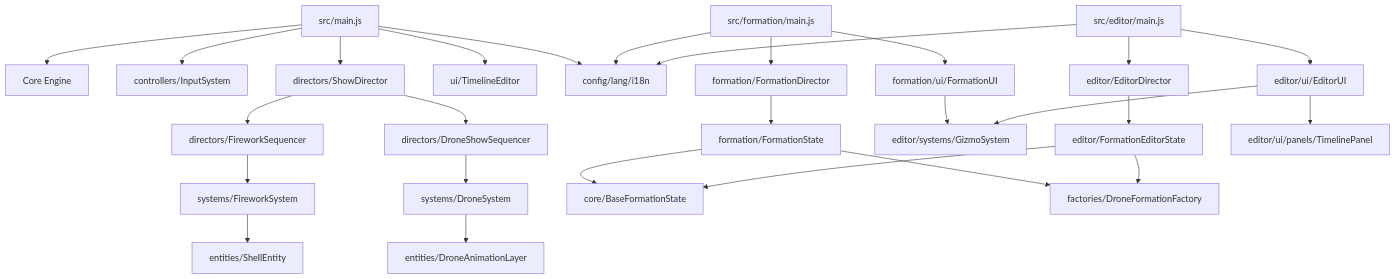
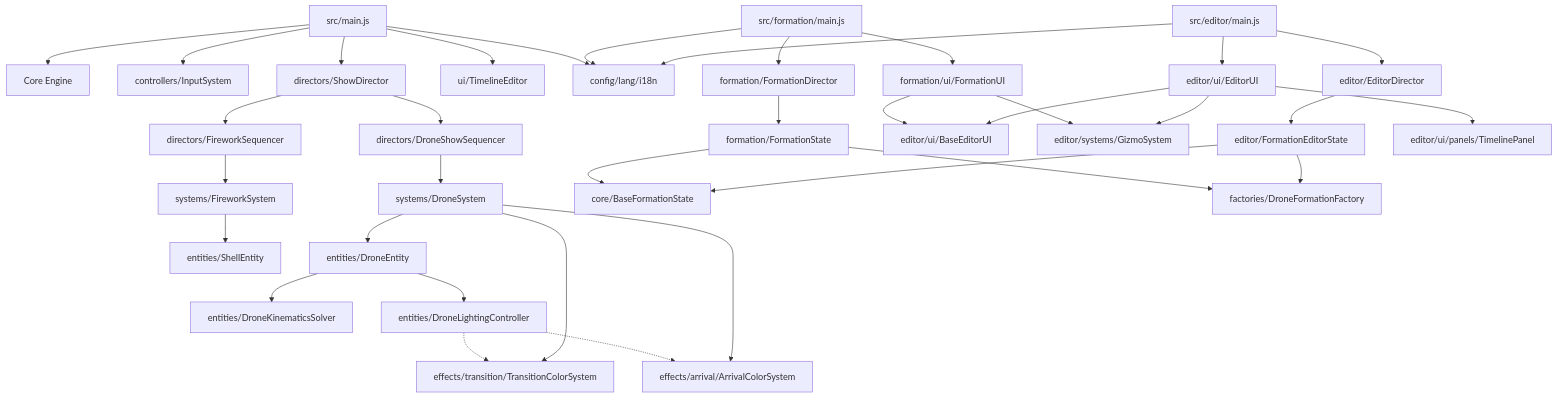
One commit to ThAolInh20/Shell-Drone-Editor changed the diagram in STRUCTURE.md. Above: the diagram before and after it, drawn with Mermaid. The commit also changed other lines of this file and 1 other file, not shown here.

````diff
--- a/STRUCTURE.md
+++ b/STRUCTURE.md
@@ -121,37 +128,45 @@
 ```mermaid
 graph TD
     %% Main Pyros Show Entry
     Main[src/main.js] --> Core[Core Engine]
     Main --> Input[controllers/InputSystem]
     Main --> ShowDirector[directors/ShowDirector]
     Main --> UI[ui/TimelineEditor]
     Main --> i18n[config/lang/i18n]
 
     ShowDirector --> FireworkSeq[directors/FireworkSequencer]
     ShowDirector --> DroneSeq[directors/DroneShowSequencer]
 
     FireworkSeq --> FWSystem[systems/FireworkSystem]
     FWSystem --> ShellEnt[entities/ShellEntity]
 
     DroneSeq --> DroneSys[systems/DroneSystem]
-    DroneSys --> DroneAnim[entities/DroneAnimationLayer]
+    DroneSys --> DroneEntity[entities/DroneEntity]
+    DroneEntity --> DroneKinematicsSolver[entities/DroneKinematicsSolver]
+    DroneEntity --> DroneLightingController[entities/DroneLightingController]
+    DroneLightingController -.-> TransitionColorSystem[effects/transition/TransitionColorSystem]
+    DroneLightingController -.-> ArrivalColorSystem[effects/arrival/ArrivalColorSystem]
+    DroneSys --> TransitionColorSystem
+    DroneSys --> ArrivalColorSystem
 
     %% Static Formation Editor Entry
     FormationMain[src/formation/main.js] --> FormDir[formation/FormationDirector]
     FormationMain --> FormUI[formation/ui/FormationUI]
     FormationMain --> i18n
     FormDir --> FormState[formation/FormationState]
     FormState --> BaseState[core/BaseFormationState]
     FormState --> DroneFactory[factories/DroneFormationFactory]
+    FormUI --> BaseEditorUI[editor/ui/BaseEditorUI]
     FormUI --> Gizmo[editor/systems/GizmoSystem]
 
     %% Animated Timeline Editor Entry
     EditorMain[src/editor/main.js] --> EditorDir[editor/EditorDirector]
     EditorMain --> EditorUI[editor/ui/EditorUI]
     EditorMain --> i18n
     EditorDir --> EdState[editor/FormationEditorState]
     EdState --> BaseState
     EdState --> DroneFactory
+    EditorUI --> BaseEditorUI
     EditorUI --> Gizmo
     EditorUI --> TimelinePanel[editor/ui/panels/TimelinePanel]
 ```
````
